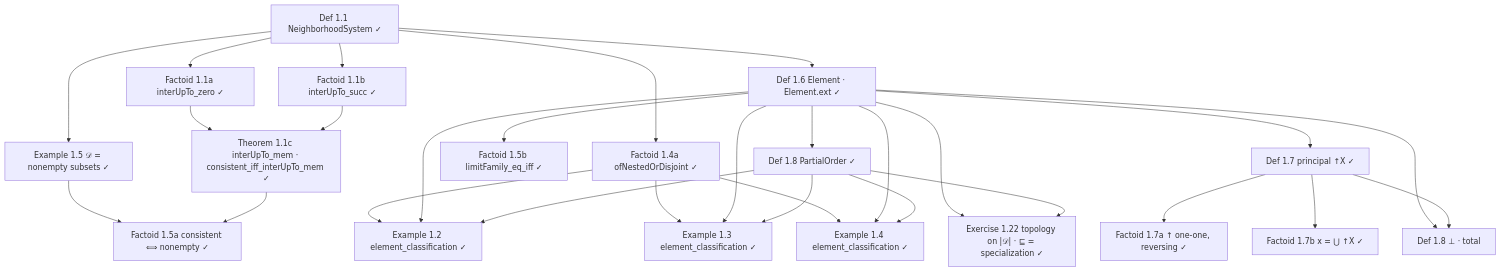
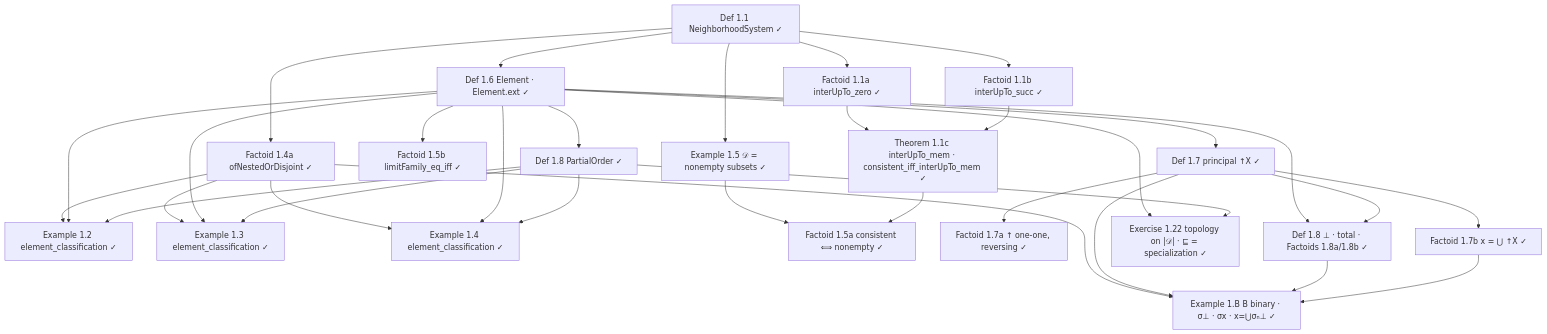
One commit to catskillsresearch/domain_theory changed the seventh of 9 diagrams in arxiv.md. Above: the diagram before and after it, drawn with Mermaid. The commit also changed other lines of this file and 4 other files, not shown here.

First line of the commit message:
feat(Domain): formalize Definition 1.8 (⊥, total) and related factoids

````diff
--- a/arxiv.md
+++ b/arxiv.md
@@ -1268,49 +1268,54 @@
 ```mermaid
 flowchart TD
   D11["Def 1.1 NeighborhoodSystem ✓"]
   F11a["Factoid 1.1a interUpTo_zero ✓"]
   F11b["Factoid 1.1b interUpTo_succ ✓"]
   T11c["Theorem 1.1c interUpTo_mem · consistent_iff_interUpTo_mem ✓"]
   E12["Example 1.2 element_classification ✓"]
   E13["Example 1.3 element_classification ✓"]
   E14["Example 1.4 element_classification ✓"]
   F14a["Factoid 1.4a ofNestedOrDisjoint ✓"]
   E15["Example 1.5 𝒟 = nonempty subsets ✓"]
   F15a["Factoid 1.5a consistent ⟺ nonempty ✓"]
   F15b["Factoid 1.5b limitFamily_eq_iff ✓"]
   D16["Def 1.6 Element · Element.ext ✓"]
   D18o["Def 1.8 PartialOrder ✓"]
   D17["Def 1.7 principal ↑X ✓"]
   F17a["Factoid 1.7a ↑ one-one, reversing ✓"]
   F17b["Factoid 1.7b x = ⋃ ↑X ✓"]
-  D18b["Def 1.8 ⊥ · total"]
+  D18b["Def 1.8 ⊥ · total · Factoids 1.8a/1.8b ✓"]
+  EB["Example 1.B B binary · σ⊥ · σx · x=⋃σₙ⊥ ✓"]
   E122["Exercise 1.22 topology on |𝒟| · ⊑ = specialization ✓"]
 
   D11 --> F11a
   D11 --> F11b
   F11a --> T11c
   F11b --> T11c
   D11 --> D16
   D11 --> F14a
   F14a --> E12
   F14a --> E13
   F14a --> E14
   D16 --> D18o
   D16 --> E12
   D18o --> E12
   D16 --> E13
   D18o --> E13
   D16 --> E14
   D18o --> E14
   D11 --> E15
   E15 --> F15a
   T11c --> F15a
   D16 --> F15b
   D16 --> D17
   D17 --> F17a
   D17 --> F17b
   D16 --> D18b
   D17 --> D18b
+  F14a --> EB
+  D17 --> EB
+  D18b --> EB
+  F17b --> EB
   D16 --> E122
   D18o --> E122
 ```
````
